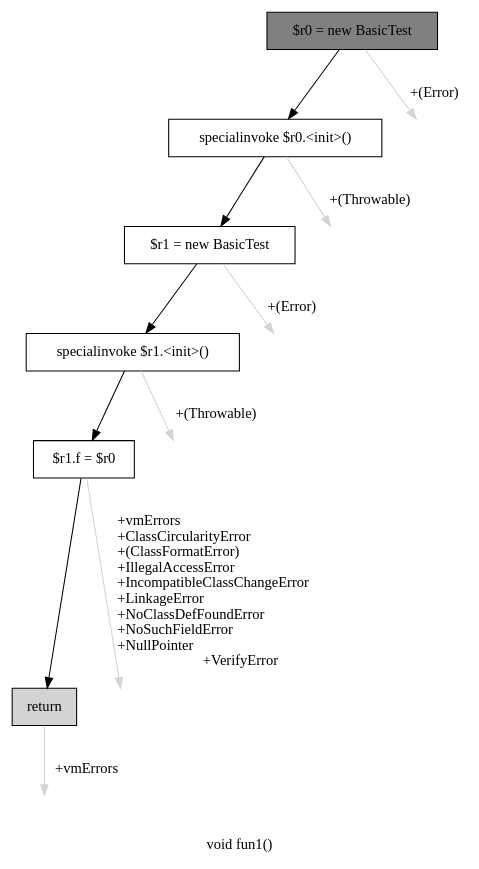
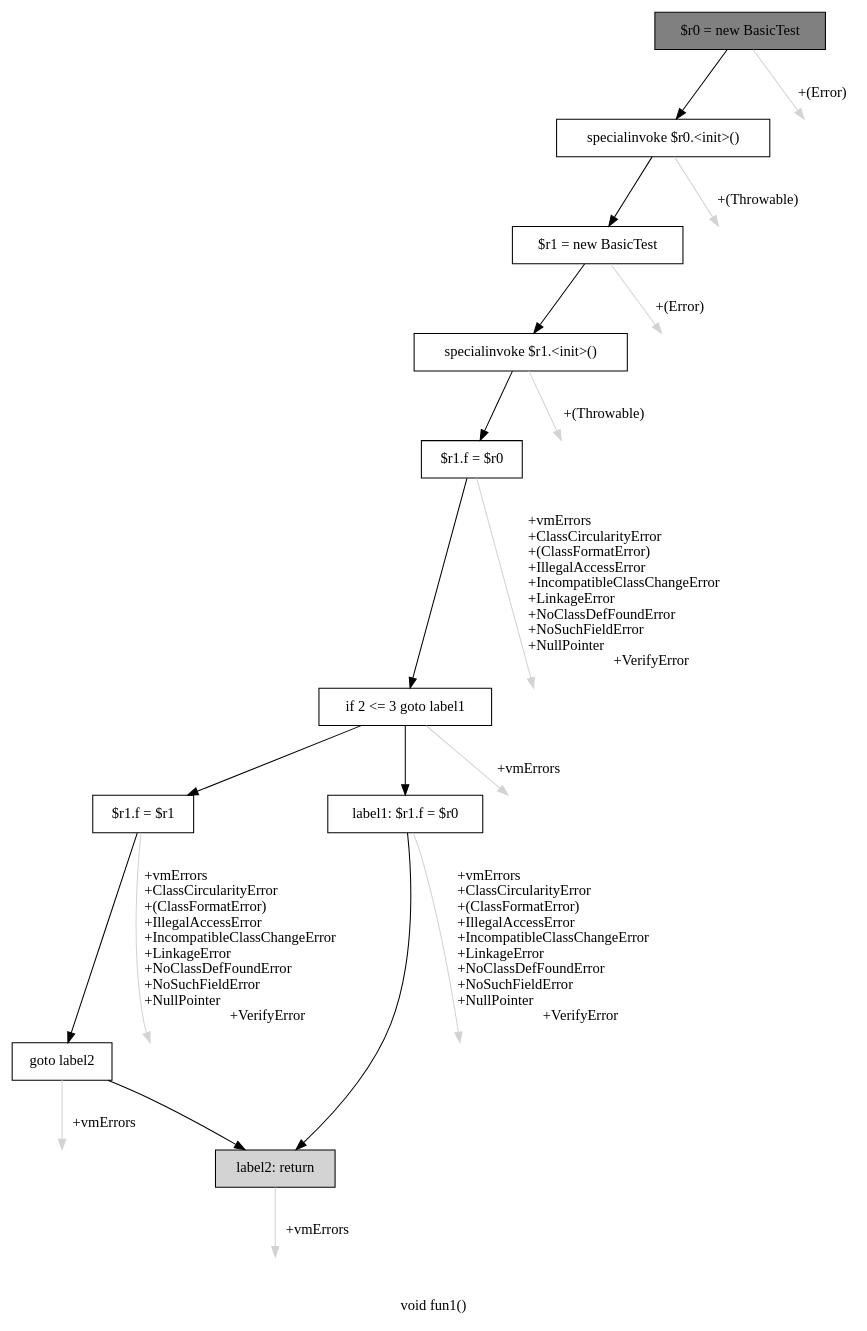
One commit to gourishankerJK/DeReference-Pointer-Analysis changed the diagram in cfg.dot. Above: the diagram before and after it, drawn with Graphviz. The commit also changed 4 other files, not shown here.

```diff
--- a/cfg.dot
+++ b/cfg.dot
@@ -1,27 +1,44 @@
 digraph "void fun1()" {
     label="void fun1()";
     node [shape=box];
     "0" [style=filled,fillcolor=gray,label="$r0 = new BasicTest",];
     "1" [label="specialinvoke $r0.<init>()",];
     "0"->"1" [color=black,];
-    "6" [style=invis,label="Esc",];
-    "0"->"6" [color=lightgray,label="\l+(Error)",];
+    "10" [style=invis,label="Esc",];
+    "0"->"10" [color=lightgray,label="\l+(Error)",];
     "2" [label="$r1 = new BasicTest",];
     "1"->"2" [color=black,];
-    "7" [style=invis,label="Esc",];
-    "1"->"7" [color=lightgray,label="\l+(Throwable)",];
+    "11" [style=invis,label="Esc",];
+    "1"->"11" [color=lightgray,label="\l+(Throwable)",];
     "3" [label="specialinvoke $r1.<init>()",];
     "2"->"3" [color=black,];
-    "8" [style=invis,label="Esc",];
-    "2"->"8" [color=lightgray,label="\l+(Error)",];
+    "12" [style=invis,label="Esc",];
+    "2"->"12" [color=lightgray,label="\l+(Error)",];
     "4" [label="$r1.f = $r0",];
     "3"->"4" [color=black,];
-    "9" [style=invis,label="Esc",];
-    "3"->"9" [color=lightgray,label="\l+(Throwable)",];
-    "5" [style=filled,fillcolor=lightgray,label="return",];
+    "13" [style=invis,label="Esc",];
+    "3"->"13" [color=lightgray,label="\l+(Throwable)",];
+    "5" [label="if 2 <= 3 goto label1",];
     "4"->"5" [color=black,];
-    "10" [style=invis,label="Esc",];
-    "4"->"10" [color=lightgray,label="\l+vmErrors\l+ClassCircularityError\l+(ClassFormatError)\l+IllegalAccessError\l+IncompatibleClassChangeError\l+LinkageError\l+NoClassDefFoundError\l+NoSuchFieldError\l+NullPointer\l+VerifyError",];
-    "11" [style=invis,label="Esc",];
-    "5"->"11" [color=lightgray,label="\l+vmErrors",];
+    "14" [style=invis,label="Esc",];
+    "4"->"14" [color=lightgray,label="\l+vmErrors\l+ClassCircularityError\l+(ClassFormatError)\l+IllegalAccessError\l+IncompatibleClassChangeError\l+LinkageError\l+NoClassDefFoundError\l+NoSuchFieldError\l+NullPointer\l+VerifyError",];
+    "6" [label="$r1.f = $r1",];
+    "5"->"6" [color=black,];
+    "8" [label="label1: $r1.f = $r0",];
+    "5"->"8" [color=black,];
+    "15" [style=invis,label="Esc",];
+    "5"->"15" [color=lightgray,label="\l+vmErrors",];
+    "7" [label="goto label2",];
+    "6"->"7" [color=black,];
+    "16" [style=invis,label="Esc",];
+    "6"->"16" [color=lightgray,label="\l+vmErrors\l+ClassCircularityError\l+(ClassFormatError)\l+IllegalAccessError\l+IncompatibleClassChangeError\l+LinkageError\l+NoClassDefFoundError\l+NoSuchFieldError\l+NullPointer\l+VerifyError",];
+    "9" [style=filled,fillcolor=lightgray,label="label2: return",];
+    "7"->"9" [color=black,];
+    "17" [style=invis,label="Esc",];
+    "7"->"17" [color=lightgray,label="\l+vmErrors",];
+    "8"->"9" [color=black,];
+    "18" [style=invis,label="Esc",];
+    "8"->"18" [color=lightgray,label="\l+vmErrors\l+ClassCircularityError\l+(ClassFormatError)\l+IllegalAccessError\l+IncompatibleClassChangeError\l+LinkageError\l+NoClassDefFoundError\l+NoSuchFieldError\l+NullPointer\l+VerifyError",];
+    "19" [style=invis,label="Esc",];
+    "9"->"19" [color=lightgray,label="\l+vmErrors",];
 }
```
